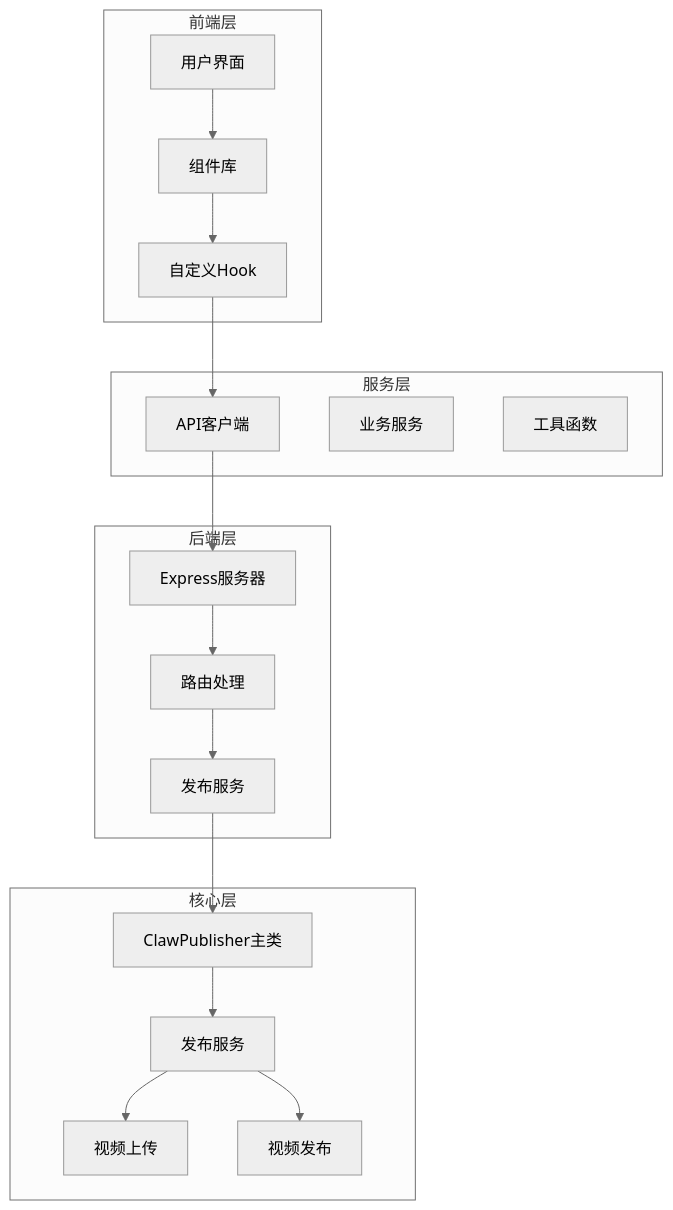
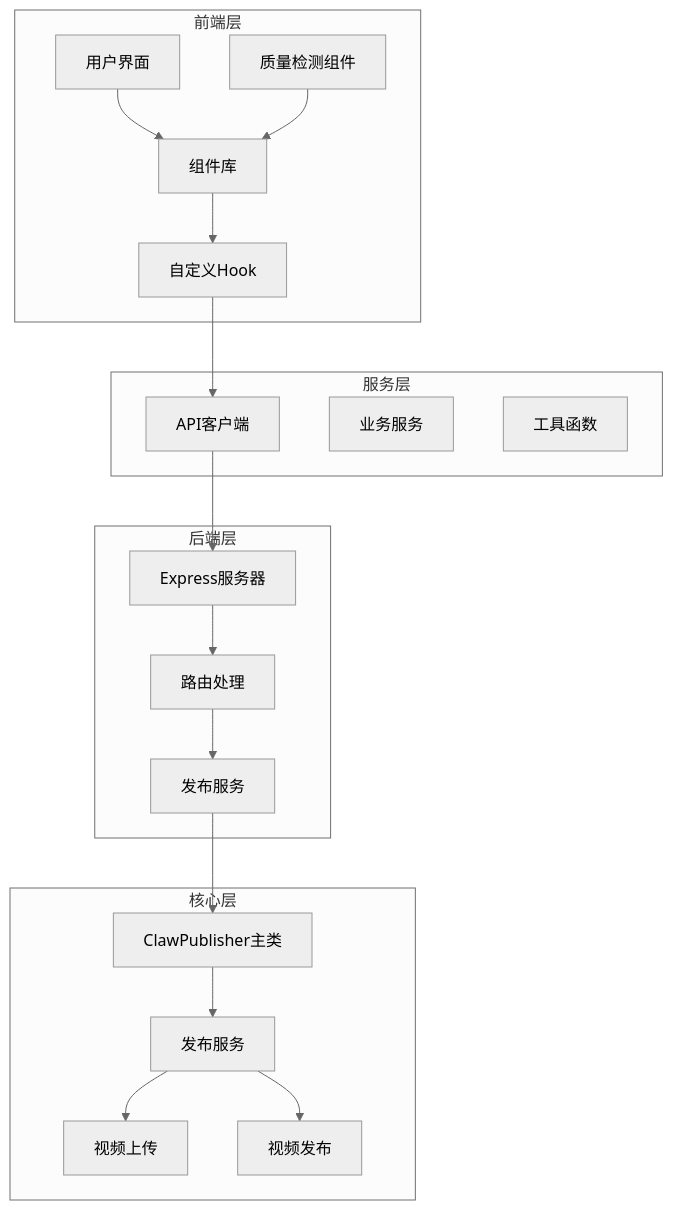
Before and after one commit to songdiyang/clawOperations: the first of 15 diagrams in .qoder/repowiki/zh/content/发布页面增强.md, drawn with Mermaid (neutral theme). The commit also changed other lines of this file and 7 other files, not shown here.

````diff
--- a/.qoder/repowiki/zh/content/发布页面增强.md
+++ b/.qoder/repowiki/zh/content/发布页面增强.md
@@ -51,34 +60,36 @@
 ```mermaid
 graph TB
 subgraph "前端层"
 UI[用户界面]
 Components[组件库]
 Hooks[自定义Hook]
+QualityCheck[质量检测组件]
 end
 subgraph "服务层"
 APIClient[API客户端]
 Services[业务服务]
 Utils[工具函数]
 end
 subgraph "后端层"
 Express[Express服务器]
 Routes[路由处理]
 Publishers[发布服务]
 end
 subgraph "核心层"
 ClawPublisher[ClawPublisher主类]
 PublishService[发布服务]
 VideoUpload[视频上传]
 VideoPublish[视频发布]
 end
 UI --> Components
 Components --> Hooks
 Hooks --> APIClient
 APIClient --> Express
 Express --> Routes
 Routes --> Publishers
 Publishers --> ClawPublisher
 ClawPublisher --> PublishService
 PublishService --> VideoUpload
 PublishService --> VideoPublish
+QualityCheck --> Components
 ```
````
